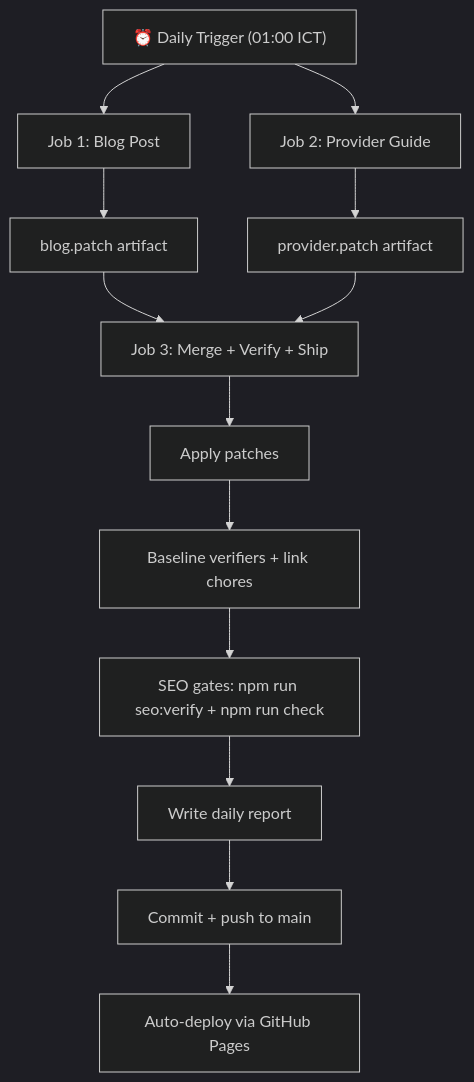
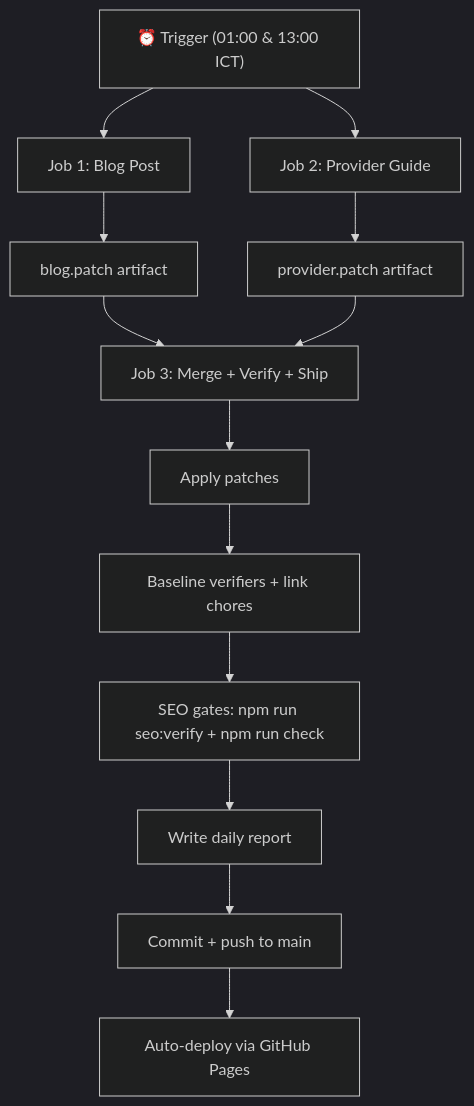
Before and after one commit to tektrg/gtB-website: the diagram in docs/SEO-op-alignment.md, drawn with Mermaid (dark theme). The commit also changed other lines of this file and 1 other file, not shown here.

Commit message:
SEO: fix MaxAI alternative post + update ops schedule doc

````diff
--- a/docs/SEO-op-alignment.md
+++ b/docs/SEO-op-alignment.md
@@ -181,15 +181,15 @@
 ```mermaid
 graph TD
-    A["⏰ Daily Trigger (01:00 ICT)"] --> B["Job 1: Blog Post"]
+    A["⏰ Trigger (01:00 & 13:00 ICT)"] --> B["Job 1: Blog Post"]
     A --> C["Job 2: Provider Guide"]
     B --> D["blog.patch artifact"]
     C --> E["provider.patch artifact"]
     D --> F["Job 3: Merge + Verify + Ship"]
     E --> F
     F --> G["Apply patches"]
     G --> H["Baseline verifiers + link chores"]
     H --> I["SEO gates: npm run seo:verify + npm run check"]
     I --> J["Write daily report"]
     J --> K["Commit + push to main"]
     K --> L["Auto-deploy via GitHub Pages"]
 ```
````
